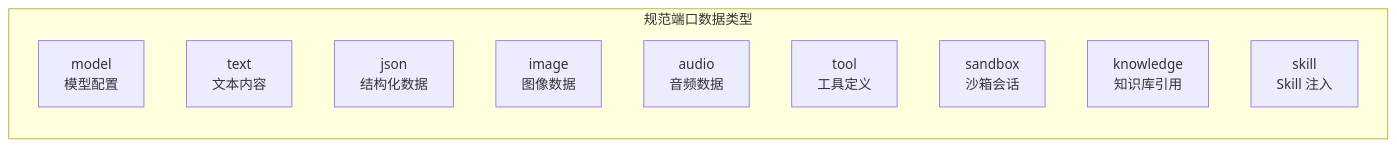
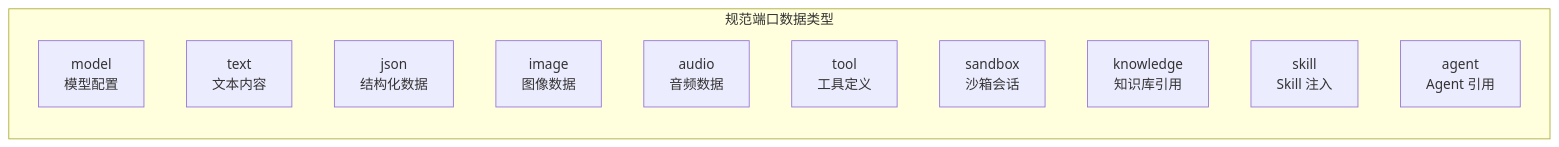
Before and after one commit to Lynricsy/AgentLoom: the fifth of 8 diagrams in agentloom-docs/zh/guide/concepts.md, drawn with Mermaid. The commit also changed other lines of this file and 2 other files, not shown here.

First line of the commit message:
docs(zh): 📝 更新文档站节点类型(23种/8类别)与端口数据类型(10种canonical+agent)

````diff
--- a/agentloom-docs/zh/guide/concepts.md
+++ b/agentloom-docs/zh/guide/concepts.md
@@ -149,14 +163,15 @@
 ```mermaid
 flowchart LR
     subgraph Types["规范端口数据类型"]
         model["model<br/>模型配置"]
         text["text<br/>文本内容"]
         json["json<br/>结构化数据"]
         image["image<br/>图像数据"]
         audio["audio<br/>音频数据"]
         tool["tool<br/>工具定义"]
         sandbox["sandbox<br/>沙箱会话"]
         knowledge["knowledge<br/>知识库引用"]
         skill["skill<br/>Skill 注入"]
+        agent["agent<br/>Agent 引用"]
     end
 ```
````
